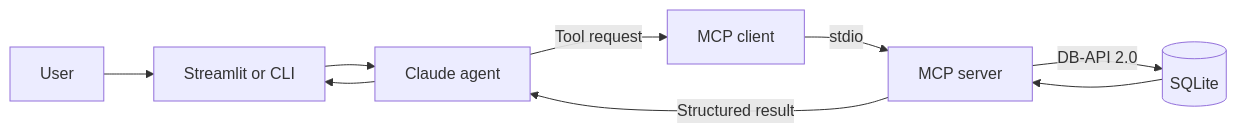
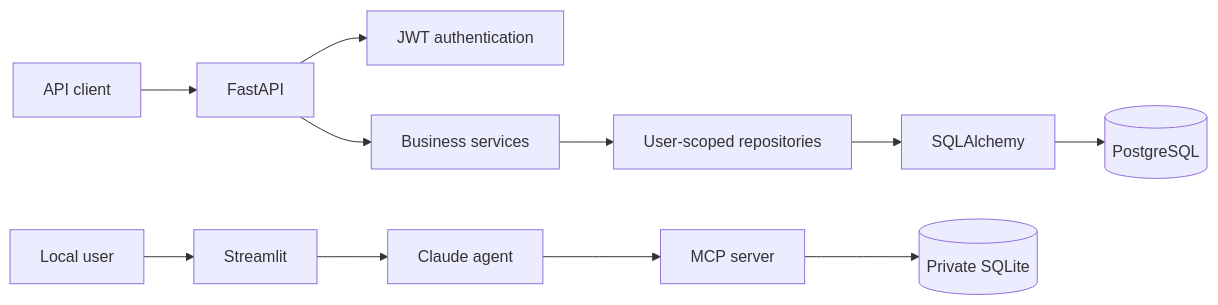
The diagram in README.md (PranaPragada7/Expense_Tracker), drawn with Mermaid before and after one commit. The commit also changed other lines of this file and 27 other files, not shown here.

````diff
--- a/README.md
+++ b/README.md
@@ -36,11 +35,14 @@
 ```mermaid
 flowchart LR
-    U[User] --> UI[Streamlit or CLI]
-    UI --> A[Claude agent]
-    A -->|Tool request| C[MCP client]
-    C -->|stdio| S[MCP server]
-    S -->|DB-API 2.0| D[(SQLite)]
-    D --> S
-    S -->|Structured result| A
-    A --> UI
+    Client[API client] --> API[FastAPI]
+    API --> Auth[JWT authentication]
+    API --> Service[Business services]
+    Service --> Repo[User-scoped repositories]
+    Repo --> ORM[SQLAlchemy]
+    ORM --> PG[(PostgreSQL)]
+
+    LocalUser[Local user] --> UI[Streamlit]
+    UI --> Agent[Claude agent]
+    Agent --> MCP[MCP server]
+    MCP --> SQLite[(Private SQLite)]
 ```
````
